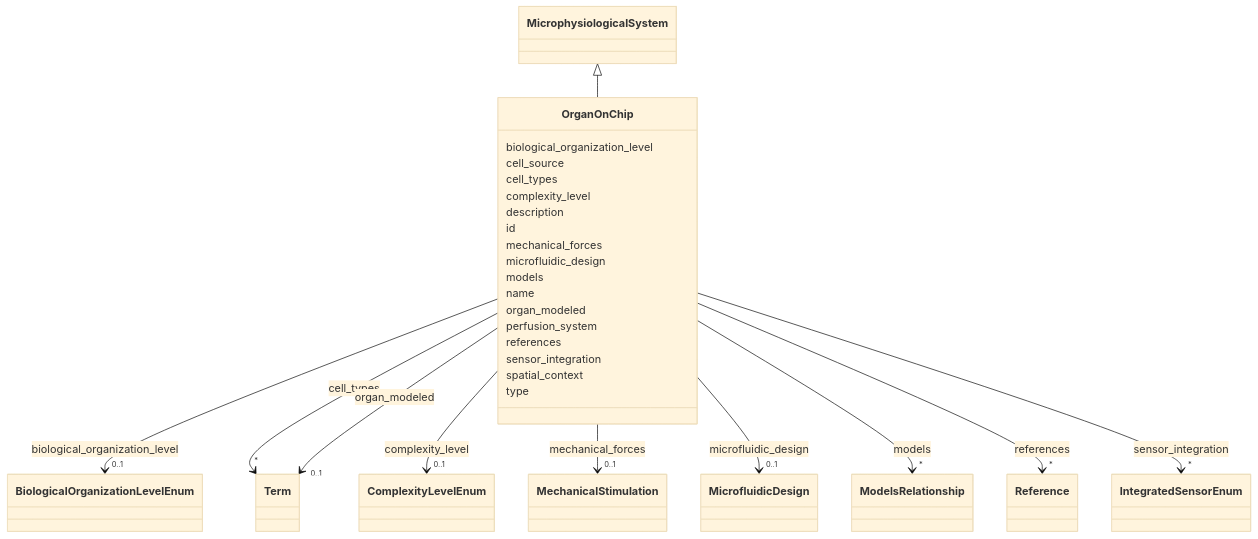
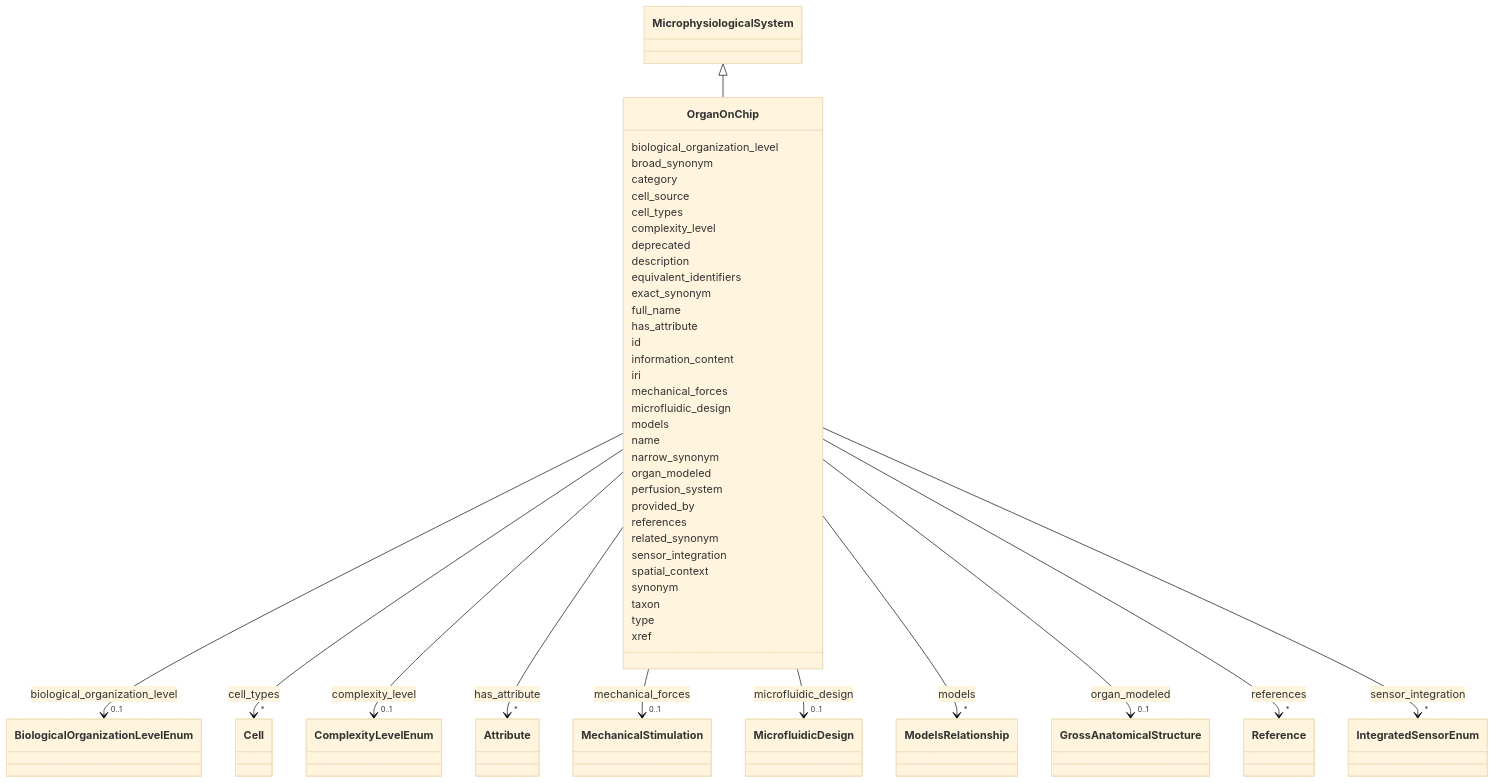
The diagram in docs/elements/OrganOnChip.md (monarch-initiative/namo), drawn with Mermaid (base theme) before and after one commit. The commit also changed other lines of this file and 1232 other files, not shown here.

````diff
--- a/docs/elements/OrganOnChip.md
+++ b/docs/elements/OrganOnChip.md
@@ -33,6 +38,10 @@
     
 
         
+      OrganOnChip : broad_synonym
+        
+      OrganOnChip : category
+        
       OrganOnChip : cell_source
         
       OrganOnChip : cell_types
@@ -41,8 +50,8 @@
     
         
         
-        OrganOnChip --> "*" Term : cell_types
-        click Term href "../Term/"
+        OrganOnChip --> "*" Cell : cell_types
+        click Cell href "../Cell/"
     
 
         
@@ -57,9 +66,32 @@
     
 
         
+      OrganOnChip : deprecated
+        
       OrganOnChip : description
         
+      OrganOnChip : equivalent_identifiers
+        
+      OrganOnChip : exact_synonym
+        
+      OrganOnChip : full_name
+        
+      OrganOnChip : has_attribute
+        
+          
+    
+        
+        
+        OrganOnChip --> "*" Attribute : has_attribute
+        click Attribute href "../Attribute/"
+    
+
+        
       OrganOnChip : id
+        
+      OrganOnChip : information_content
+        
+      OrganOnChip : iri
         
       OrganOnChip : mechanical_forces
         
@@ -96,18 +128,22 @@
         
       OrganOnChip : name
         
+      OrganOnChip : narrow_synonym
+        
       OrganOnChip : organ_modeled
         
           
     
         
         
-        OrganOnChip --> "0..1" Term : organ_modeled
-        click Term href "../Term/"
+        OrganOnChip --> "0..1" GrossAnatomicalStructure : organ_modeled
+        click GrossAnatomicalStructure href "../GrossAnatomicalStructure/"
     
 
         
       OrganOnChip : perfusion_system
+        
+      OrganOnChip : provided_by
         
       OrganOnChip : references
         
@@ -119,6 +155,8 @@
         click Reference href "../Reference/"
     
 
+        
+      OrganOnChip : related_synonym
         
       OrganOnChip : sensor_integration
         
@@ -133,7 +171,13 @@
         
       OrganOnChip : spatial_context
         
+      OrganOnChip : synonym
+        
+      OrganOnChip : taxon
+        
       OrganOnChip : type
+        
+      OrganOnChip : xref
         
       
 ```
````
